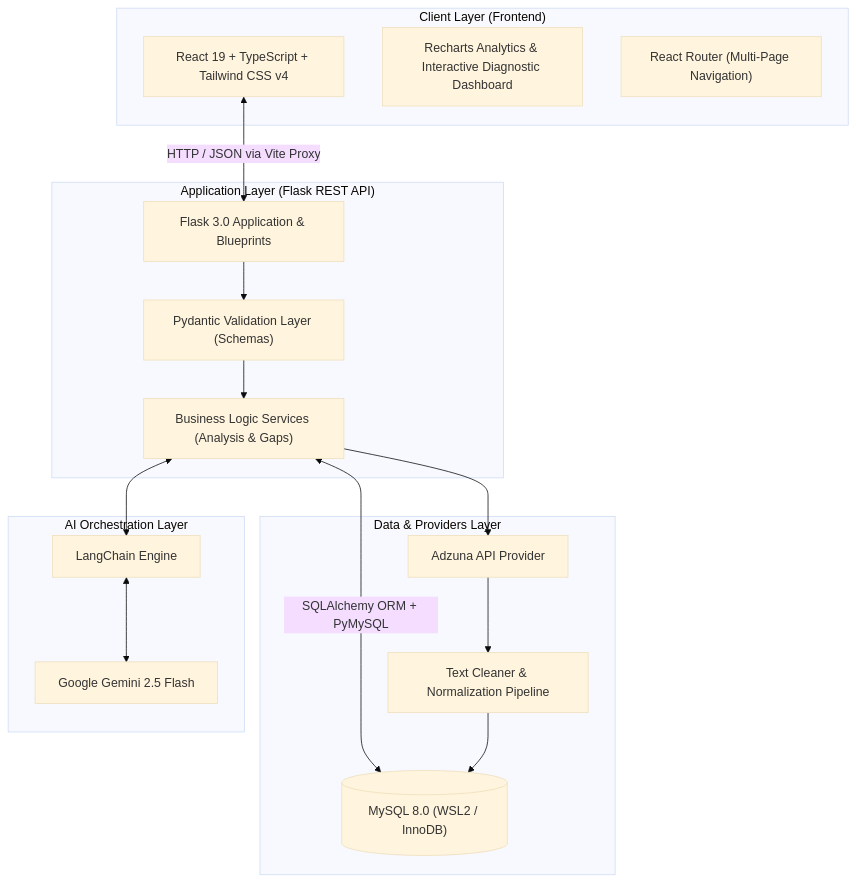
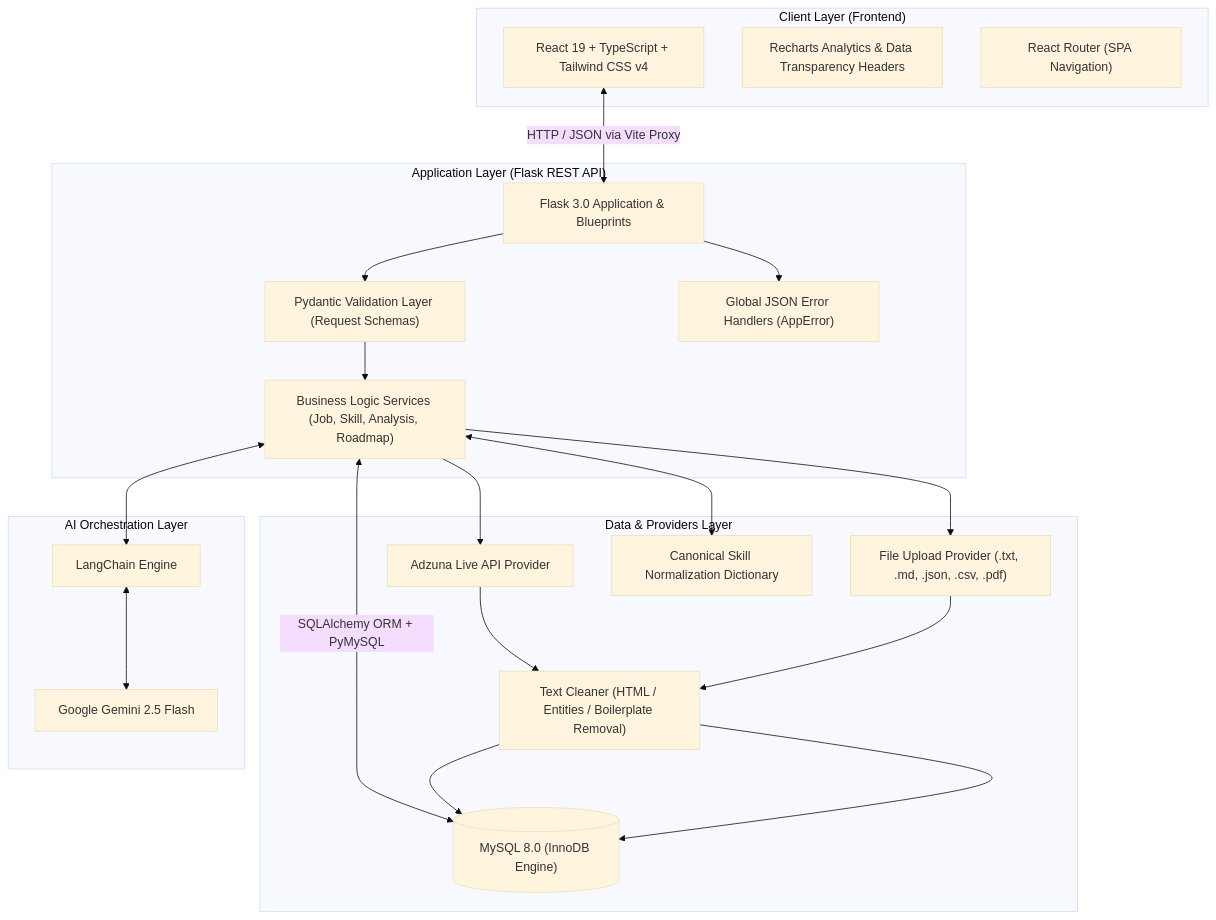
One commit to ahamudul-hasan/Career_Intelligence changed the first of 2 diagrams in README.md. Above: the diagram before and after it, drawn with Mermaid (base theme). The commit also changed other lines of this file and 13 other files, not shown here.

````diff
--- a/README.md
+++ b/README.md
@@ -44,31 +121,37 @@
 ```mermaid
 flowchart TD
     subgraph Client ["Client Layer (Frontend)"]
         UI["React 19 + TypeScript + Tailwind CSS v4"]
-        RC["Recharts Analytics & Interactive Diagnostic Dashboard"]
-        ROUTER["React Router (Multi-Page Navigation)"]
+        RC["Recharts Analytics & Data Transparency Headers"]
+        ROUTER["React Router (SPA Navigation)"]
     end
 
     subgraph Server ["Application Layer (Flask REST API)"]
         API["Flask 3.0 Application & Blueprints"]
-        AUTH["Pydantic Validation Layer (Schemas)"]
-        SRV["Business Logic Services (Analysis & Gaps)"]
+        VAL["Pydantic Validation Layer (Request Schemas)"]
+        ERR["Global JSON Error Handlers (AppError)"]
+        SRV["Business Logic Services (Job, Skill, Analysis, Roadmap)"]
     end
 
     subgraph Data ["Data & Providers Layer"]
-        ADZUNA["Adzuna API Provider"]
-        CLEANER["Text Cleaner & Normalization Pipeline"]
-        MYSQL[("MySQL 8.0 (WSL2 / InnoDB)")]
+        ADZ["Adzuna Live API Provider"]
+        FILE["File Upload Provider (.txt, .md, .json, .csv, .pdf)"]
+        CLEAN["Text Cleaner (HTML / Entities / Boilerplate Removal)"]
+        NORM["Canonical Skill Normalization Dictionary"]
+        MYSQL[("MySQL 8.0 (InnoDB Engine)")]
     end
 
     subgraph AI ["AI Orchestration Layer"]
         LC["LangChain Engine"]
         GEMINI["Google Gemini 2.5 Flash"]
     end
 
     UI <-->|HTTP / JSON via Vite Proxy| API
-    API --> AUTH --> SRV
+    API --> VAL --> SRV
+    API --> ERR
     SRV <-->|SQLAlchemy ORM + PyMySQL| MYSQL
-    SRV --> ADZUNA --> CLEANER --> MYSQL
+    SRV --> ADZ --> CLEAN --> MYSQL
+    SRV --> FILE --> CLEAN --> MYSQL
+    SRV <--> NORM
     SRV <--> LC <--> GEMINI
 ```
````
